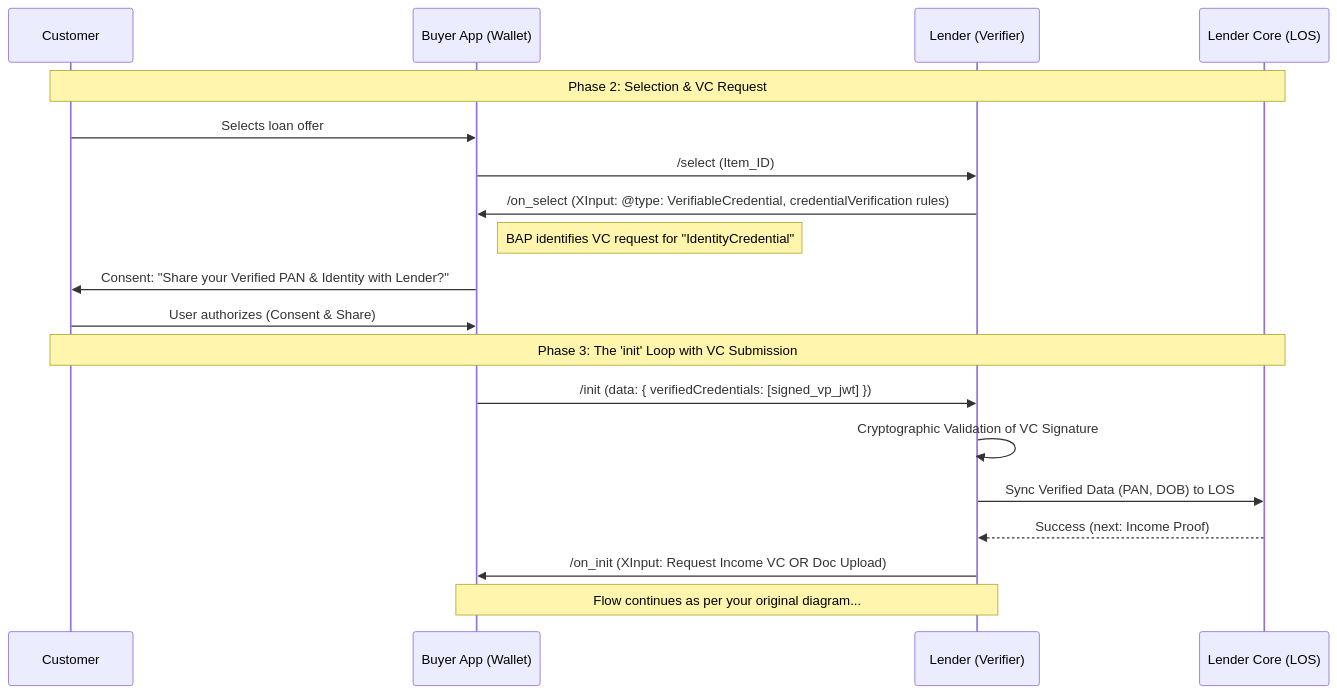
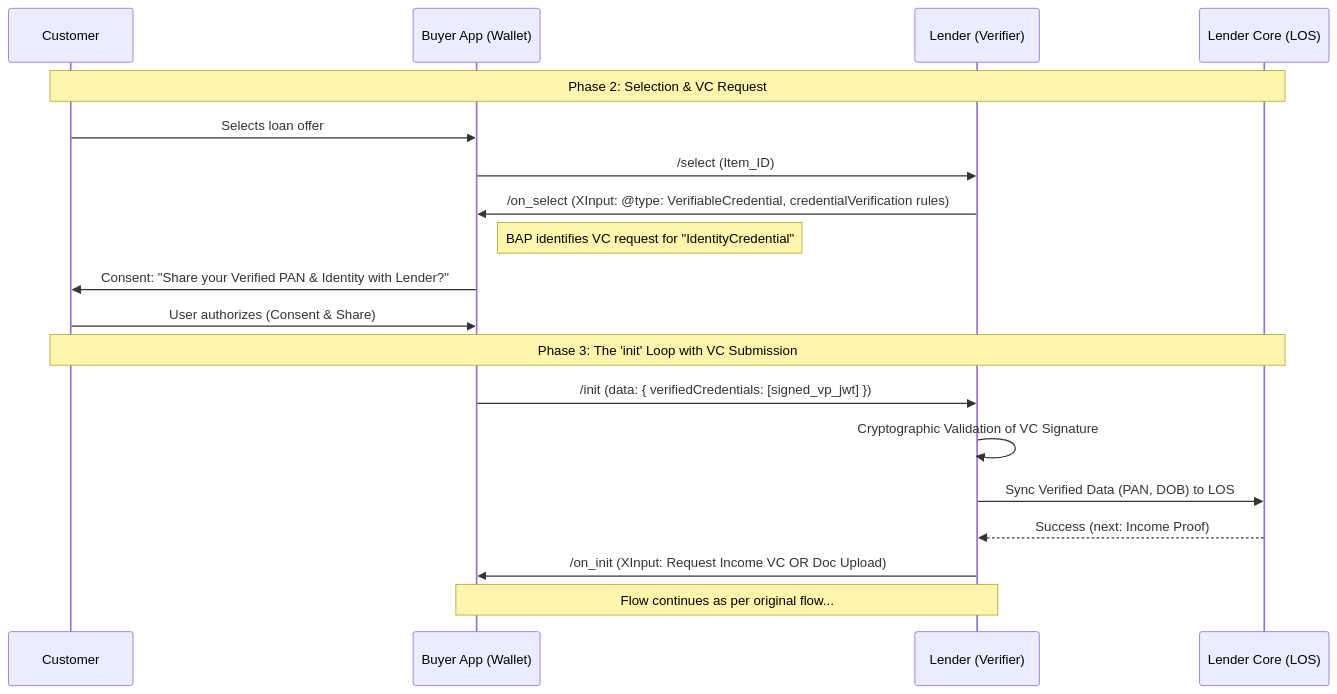
One commit to enableindia-blr/opun-specification changed the second of 2 diagrams in loan/flow.md. Above: the diagram before and after it, drawn with Mermaid.

````diff
--- a/loan/flow.md
+++ b/loan/flow.md
@@ -59,26 +59,26 @@
 ```mermaid
 sequenceDiagram
     participant C as Customer
     participant BAP as Buyer App (Wallet)
     participant BPP as Lender (Verifier)
     participant LOS as Lender Core (LOS)
 
     Note over C, LOS: Phase 2: Selection & VC Request
     C->>BAP: Selects loan offer
     BAP->>BPP: /select (Item_ID)
     BPP->>BAP: /on_select (XInput: @type: VerifiableCredential, credentialVerification rules)
     
     Note right of BAP: BAP identifies VC request for "IdentityCredential"
     BAP->>C: Consent: "Share your Verified PAN & Identity with Lender?"
     C->>BAP: User authorizes (Consent & Share)
 
     Note over C, LOS: Phase 3: The 'init' Loop with VC Submission
     BAP->>BPP: /init (data: { verifiedCredentials: [signed_vp_jwt] })
     BPP->>BPP: Cryptographic Validation of VC Signature
     BPP->>LOS: Sync Verified Data (PAN, DOB) to LOS
     LOS-->>BPP: Success (next: Income Proof)
     
     BPP->>BAP: /on_init (XInput: Request Income VC OR Doc Upload)
-    Note over BAP, BPP: Flow continues as per your original diagram...
+    Note over BAP, BPP: Flow continues as per original flow...
 
 ```
````
